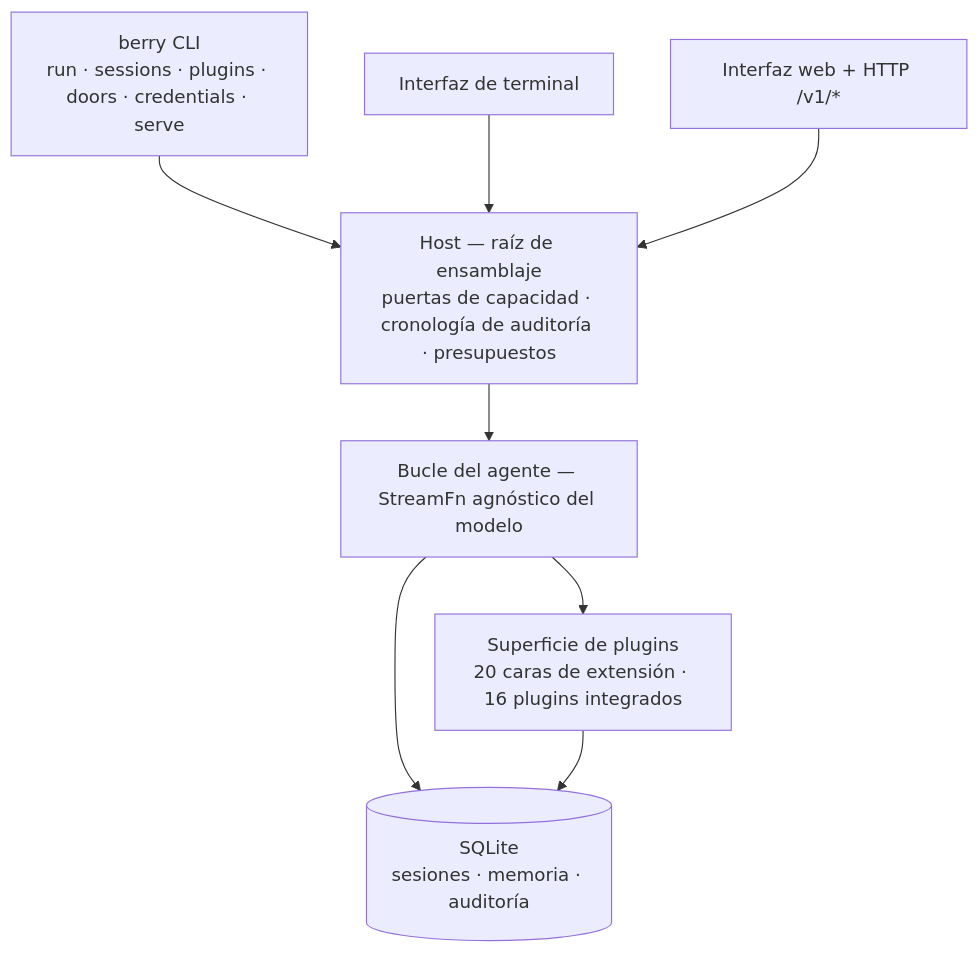
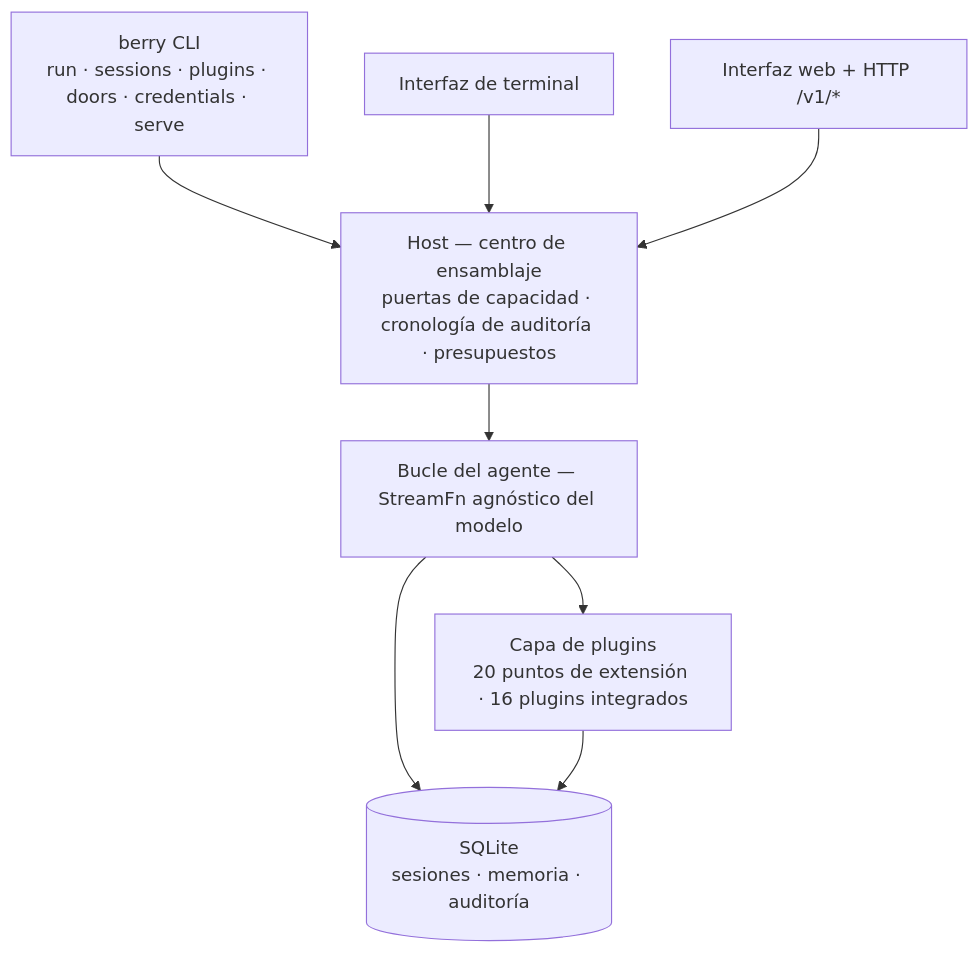
One commit to miuiadmin/berry-agent changed the diagram in README.es.md. Above: the diagram before and after it, drawn with Mermaid. The commit also changed other lines of this file and 7 other files, not shown here.

First line of the commit message:
fix(copy): 公开文档面全域收割——五语 mermaid 旧族（assembly root/Plugin surface/20 extension faces→hub/layer/points）+ 装载体句 surface→mechanism + ko 网络表面→行为 + usage 件族四处 + 篇号引用四处摘除（wf_db273e73 docs-P1/P2+anchor，六语同批随行律）

````diff
--- a/README.es.md
+++ b/README.es.md
@@ -179,17 +179,17 @@
 ```mermaid
 graph TD
     CLI["berry CLI<br/>run · sessions · plugins · doors · credentials · serve"]
     TUI["Interfaz de terminal"]
     WEB["Interfaz web + HTTP /v1/*"]
-    HOST["Host — raíz de ensamblaje<br/>puertas de capacidad · cronología de auditoría · presupuestos"]
+    HOST["Host — centro de ensamblaje<br/>puertas de capacidad · cronología de auditoría · presupuestos"]
     LOOP["Bucle del agente — StreamFn agnóstico del modelo"]
-    PLUGINS["Superficie de plugins<br/>20 caras de extensión · 16 plugins integrados"]
+    PLUGINS["Capa de plugins<br/>20 puntos de extensión · 16 plugins integrados"]
     STORE[("SQLite<br/>sesiones · memoria · auditoría")]
     CLI --> HOST
     TUI --> HOST
     WEB --> HOST
     HOST --> LOOP
     LOOP --> PLUGINS
     LOOP --> STORE
     PLUGINS --> STORE
 ```
````
